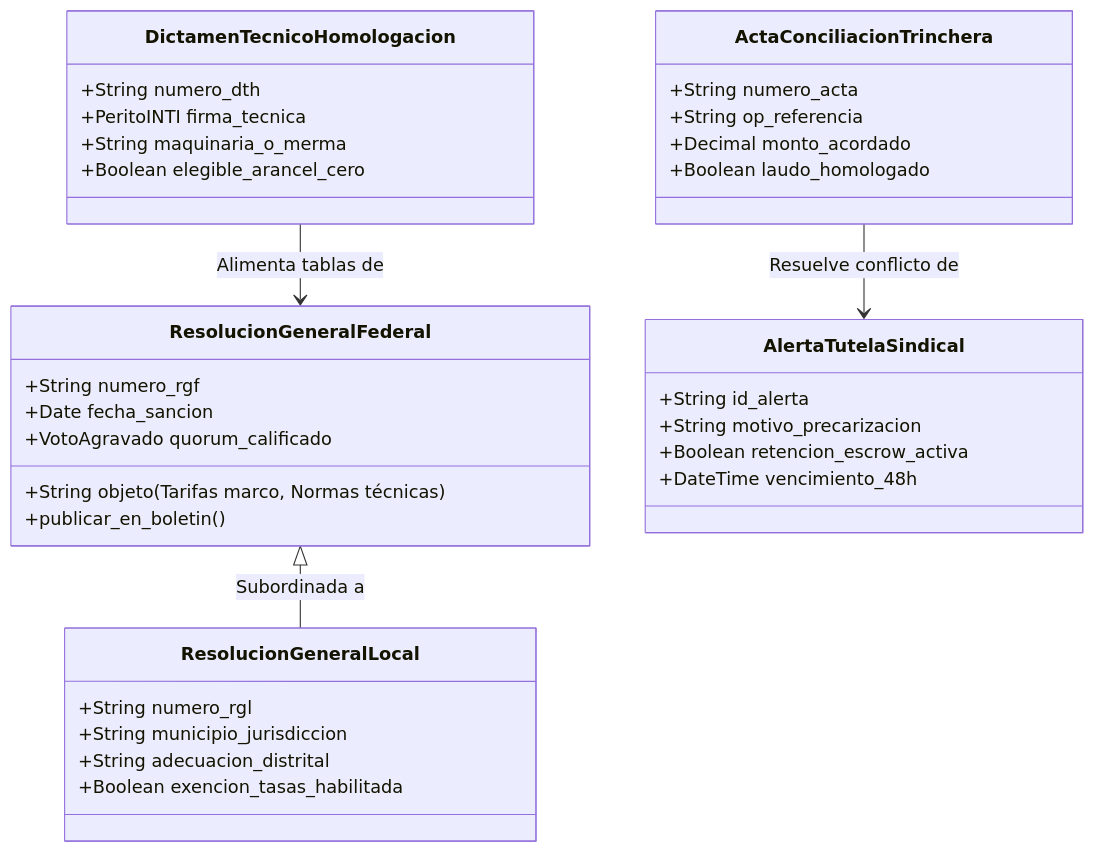
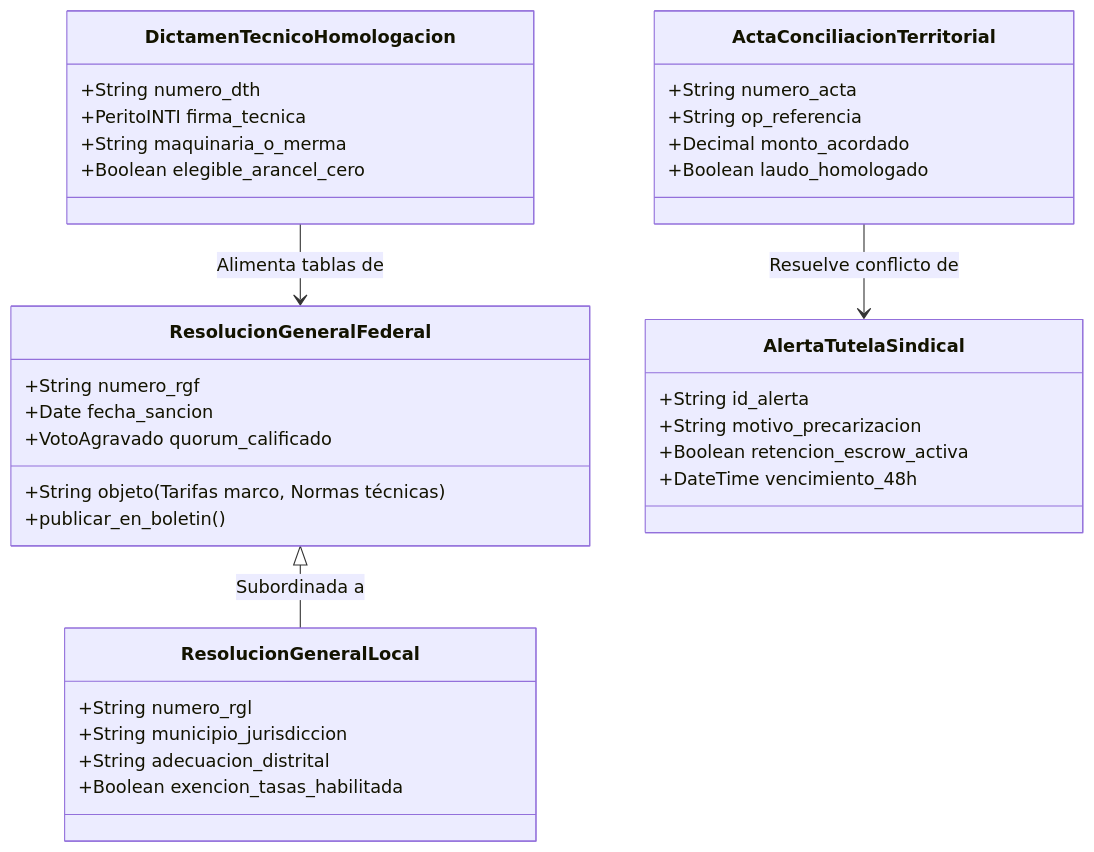
The fifth of 6 diagrams in docs/arquitectura_mes_gobernanza.md (sarthouse/indinopy), drawn with Mermaid before and after one commit. The commit also changed other lines of this file and 12 other files, not shown here.

````diff
--- a/docs/arquitectura_mes_gobernanza.md
+++ b/docs/arquitectura_mes_gobernanza.md
@@ -233,38 +233,38 @@
 ```mermaid
 classDiagram
     class ResolucionGeneralFederal {
         +String numero_rgf
         +Date fecha_sancion
         +String objeto (Tarifas marco, Normas técnicas)
         +VotoAgravado quorum_calificado
         +publicar_en_boletin()
     }
     class ResolucionGeneralLocal {
         +String numero_rgl
         +String municipio_jurisdiccion
         +String adecuacion_distrital
         +Boolean exencion_tasas_habilitada
     }
     class DictamenTecnicoHomologacion {
         +String numero_dth
         +PeritoINTI firma_tecnica
         +String maquinaria_o_merma
         +Boolean elegible_arancel_cero
     }
-    class ActaConciliacionTrinchera {
+    class ActaConciliacionTerritorial {
         +String numero_acta
         +String op_referencia
         +Decimal monto_acordado
         +Boolean laudo_homologado
     }
     class AlertaTutelaSindical {
         +String id_alerta
         +String motivo_precarizacion
         +Boolean retencion_escrow_activa
         +DateTime vencimiento_48h
     }
 
     ResolucionGeneralFederal <|-- ResolucionGeneralLocal : Subordinada a
     DictamenTecnicoHomologacion --> ResolucionGeneralFederal : Alimenta tablas de
-    ActaConciliacionTrinchera --> AlertaTutelaSindical : Resuelve conflicto de
+    ActaConciliacionTerritorial --> AlertaTutelaSindical : Resuelve conflicto de
 ```
````
